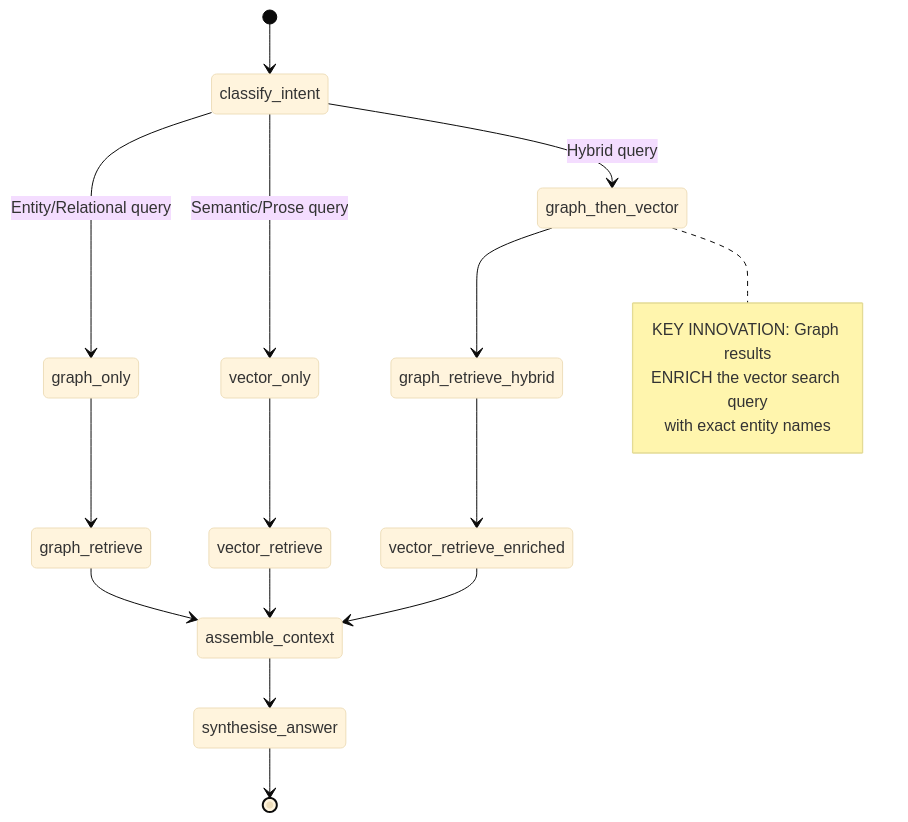
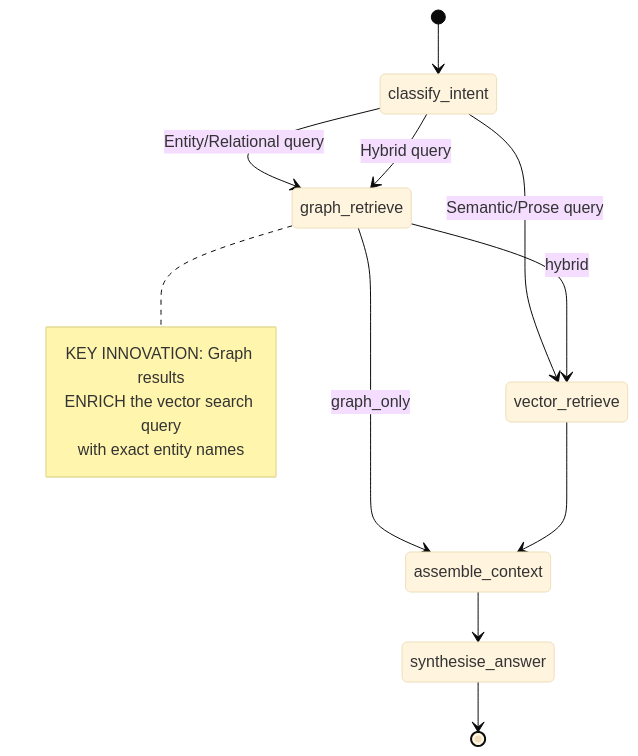
Before and after one commit to pranavkalal/crdc-graphrag: the third of 5 diagrams in docs/GRAPHRAG_INTEGRATION_PLAN.md, drawn with Mermaid (base theme). The commit also changed other lines of this file and 7 other files, not shown here.

Commit message:
feat: implement LangGraph RAG agent with modular intent classification, graph/vector retrieval, and context assembly nodes

````diff
--- a/docs/GRAPHRAG_INTEGRATION_PLAN.md
+++ b/docs/GRAPHRAG_INTEGRATION_PLAN.md
@@ -132,27 +131,22 @@
 ```mermaid
 stateDiagram-v2
     [*] --> classify_intent
     
-    classify_intent --> graph_only: Entity/Relational query
-    classify_intent --> vector_only: Semantic/Prose query
-    classify_intent --> graph_then_vector: Hybrid query
+    classify_intent --> graph_retrieve : Entity/Relational query
+    classify_intent --> vector_retrieve : Semantic/Prose query
+    classify_intent --> graph_retrieve : Hybrid query
     
-    graph_only --> graph_retrieve
-    graph_retrieve --> assemble_context
+    graph_retrieve --> assemble_context : graph_only
+    graph_retrieve --> vector_retrieve : hybrid
     
-    vector_only --> vector_retrieve
     vector_retrieve --> assemble_context
-    
-    graph_then_vector --> graph_retrieve_hybrid
-    graph_retrieve_hybrid --> vector_retrieve_enriched
-    vector_retrieve_enriched --> assemble_context
     
     assemble_context --> synthesise_answer
     synthesise_answer --> [*]
     
-    note right of graph_then_vector
+    note right of graph_retrieve
         KEY INNOVATION: Graph results
         ENRICH the vector search query
         with exact entity names
     end note
 ```
````
